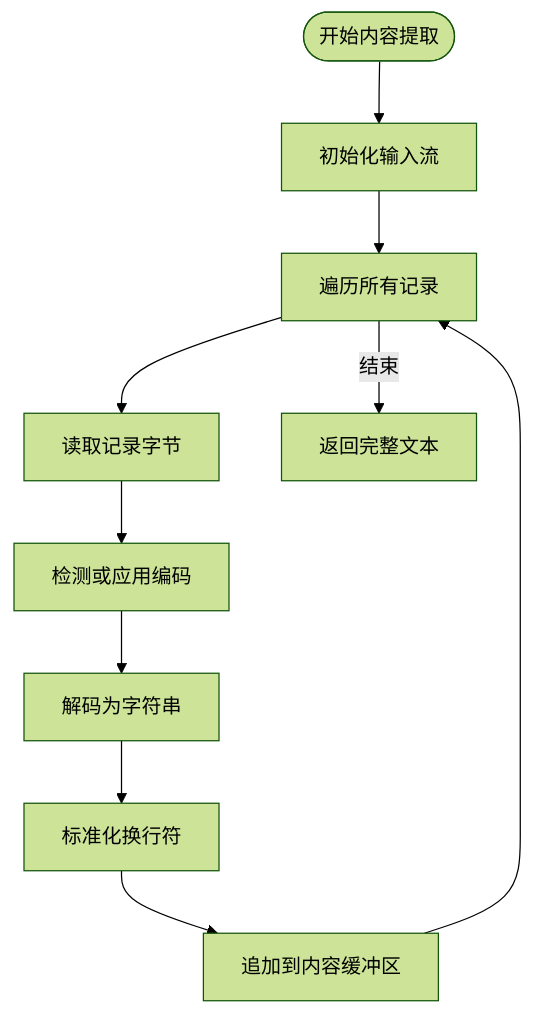
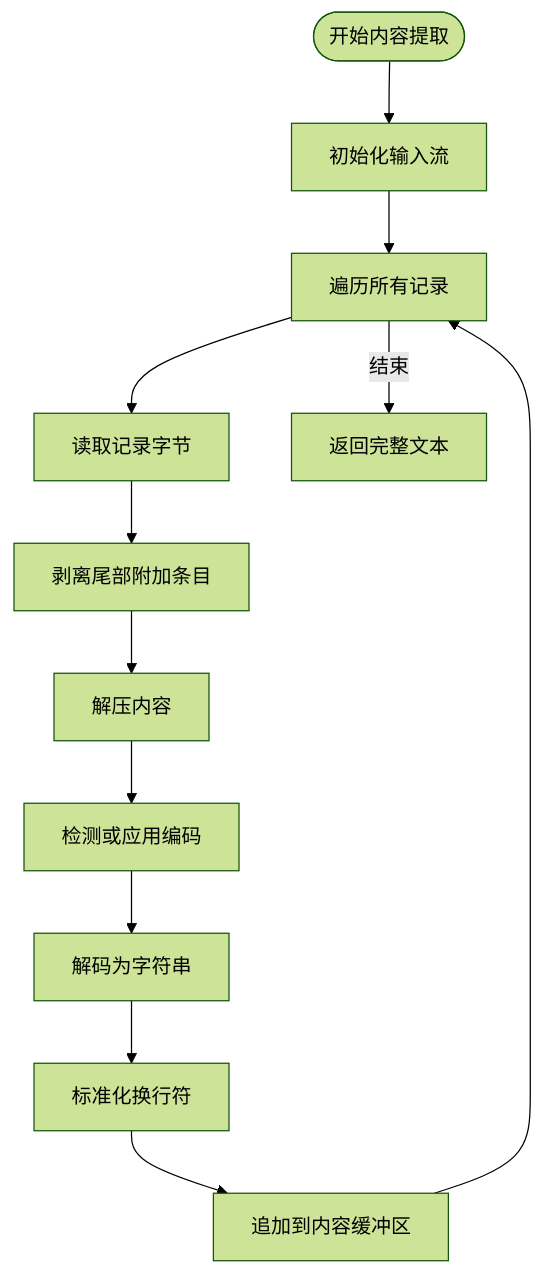
The tenth of 13 diagrams in .qoder/repowiki/zh/content/架构设计/分层架构设计/业务逻辑层/书籍处理引擎/MOBI格式处理.md (ZhangGHGitHub/LegadoTeamFlutter), drawn with Mermaid (forest theme) before and after one commit. The commit also changed other lines of this file and 173 other files, not shown here.

````diff
--- a/.qoder/repowiki/zh/content/架构设计/分层架构设计/业务逻辑层/书籍处理引擎/MOBI格式处理.md
+++ b/.qoder/repowiki/zh/content/架构设计/分层架构设计/业务逻辑层/书籍处理引擎/MOBI格式处理.md
@@ -187,12 +375,14 @@
 ```mermaid
 flowchart TD
 Start(["开始内容提取"]) --> InitStream["初始化输入流"]
 InitStream --> ForEachRecord["遍历所有记录"]
 ForEachRecord --> ReadBytes["读取记录字节"]
-ReadBytes --> DetectEncoding["检测或应用编码"]
+ReadBytes --> StripTrailing["剥离尾部附加条目"]
+StripTrailing --> Decompress["解压内容"]
+Decompress --> DetectEncoding["检测或应用编码"]
 DetectEncoding --> DecodeText["解码为字符串"]
 DecodeText --> NormalizeNewlines["标准化换行符"]
 NormalizeNewlines --> AppendContent["追加到内容缓冲区"]
 AppendContent --> ForEachRecord
 ForEachRecord --> |结束| ReturnContent["返回完整文本"]
 ```
````
